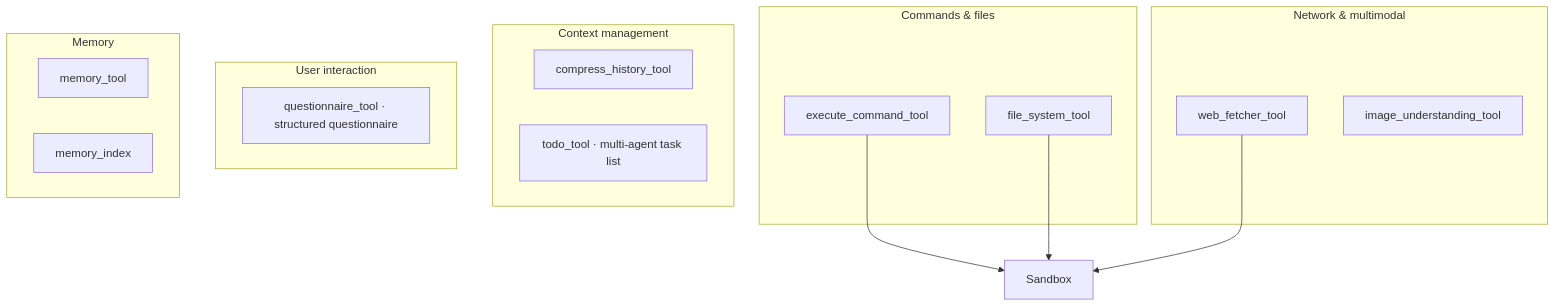
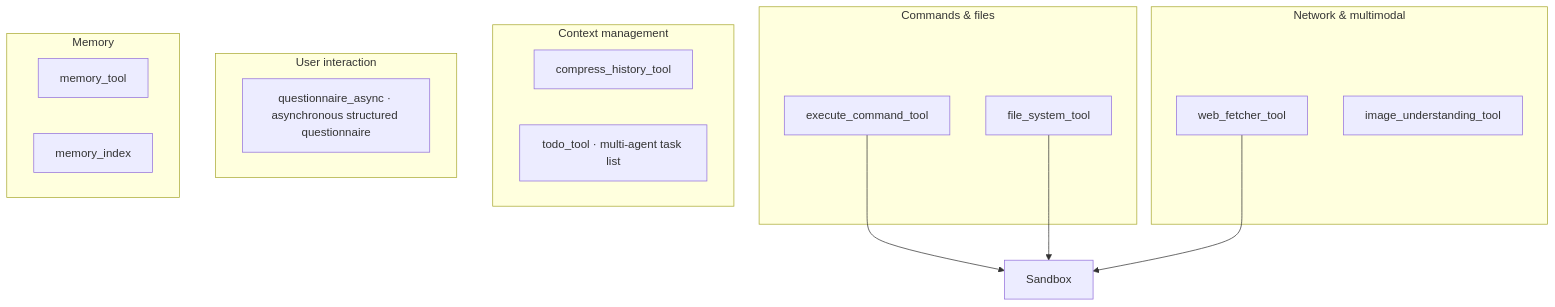
The fifth of 11 diagrams in docs/en/architecture/ARCHITECTURE_SAGENTS_TOOL_SKILL.md (ZHangZHengEric/Sage), drawn with Mermaid before and after one commit. The commit also changed 253 other files, not shown here.

````diff
--- a/docs/en/architecture/ARCHITECTURE_SAGENTS_TOOL_SKILL.md
+++ b/docs/en/architecture/ARCHITECTURE_SAGENTS_TOOL_SKILL.md
@@ -97,26 +97,26 @@
 ```mermaid
 flowchart TB
     subgraph CmdFile ["Commands & files"]
         Cmd[execute_command_tool]
         FS[file_system_tool]
     end
     subgraph NetMM ["Network & multimodal"]
         Web[web_fetcher_tool]
         Img[image_understanding_tool]
     end
     subgraph CtxMgmt ["Context management"]
         Compress[compress_history_tool]
         TodoT[todo_tool · multi-agent task list]
     end
     subgraph UserInter ["User interaction"]
-        Quest[questionnaire_tool · structured questionnaire]
+        Quest[questionnaire_async · asynchronous structured questionnaire]
     end
     subgraph Memory
         Mem[memory_tool]
         MIdx[memory_index]
     end
 
     Cmd --> Sandbox
     FS --> Sandbox
     Web --> Sandbox
 ```
````
